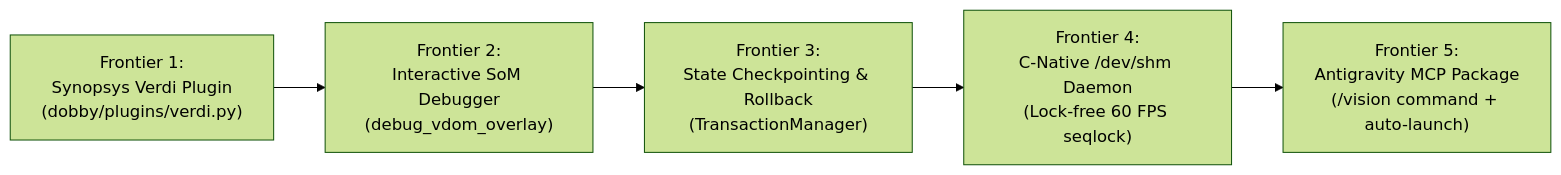
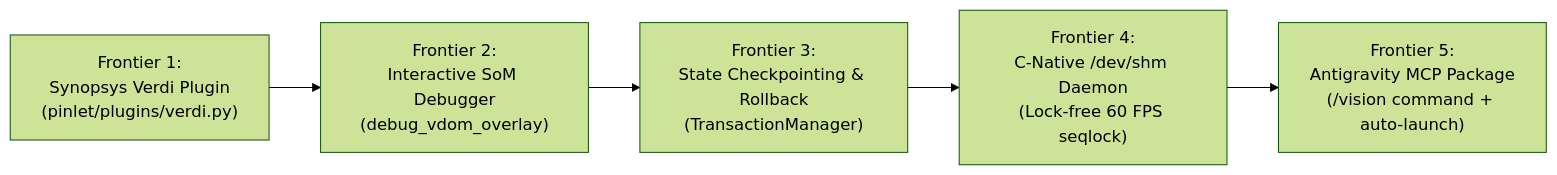
The third of 3 diagrams in learnings/vision_mcp_2_0_implementation_runbook.md (mayurkubavat/Dobby), drawn with Mermaid (forest theme) before and after one commit. The commit also changed other lines of this file and 424 other files, not shown here.

First line of the commit message:
Rename Dobby to Pinlet

````diff
--- a/learnings/vision_mcp_2_0_implementation_runbook.md
+++ b/learnings/vision_mcp_2_0_implementation_runbook.md
@@ -349,7 +349,7 @@
 ```mermaid
 flowchart LR
-    A["Frontier 1:<br/>Synopsys Verdi Plugin<br/>(dobby/plugins/verdi.py)"] --> B["Frontier 2:<br/>Interactive SoM Debugger<br/>(debug_vdom_overlay)"]
+    A["Frontier 1:<br/>Synopsys Verdi Plugin<br/>(pinlet/plugins/verdi.py)"] --> B["Frontier 2:<br/>Interactive SoM Debugger<br/>(debug_vdom_overlay)"]
     B --> C["Frontier 3:<br/>State Checkpointing & Rollback<br/>(TransactionManager)"]
     C --> D["Frontier 4:<br/>C-Native /dev/shm Daemon<br/>(Lock-free 60 FPS seqlock)"]
     D --> E["Frontier 5:<br/>Antigravity MCP Package<br/>(/vision command + auto-launch)"]
 ```
````
